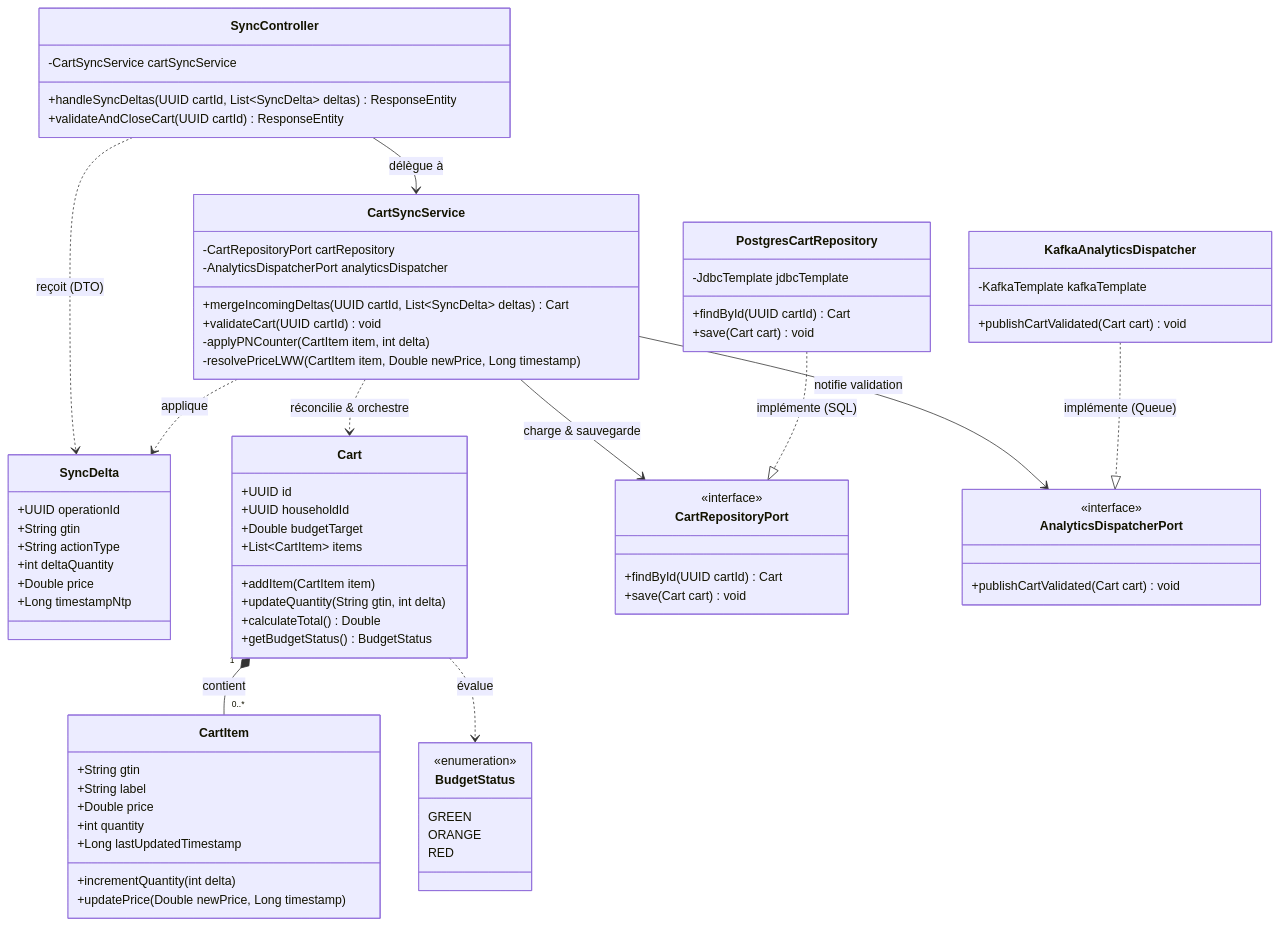
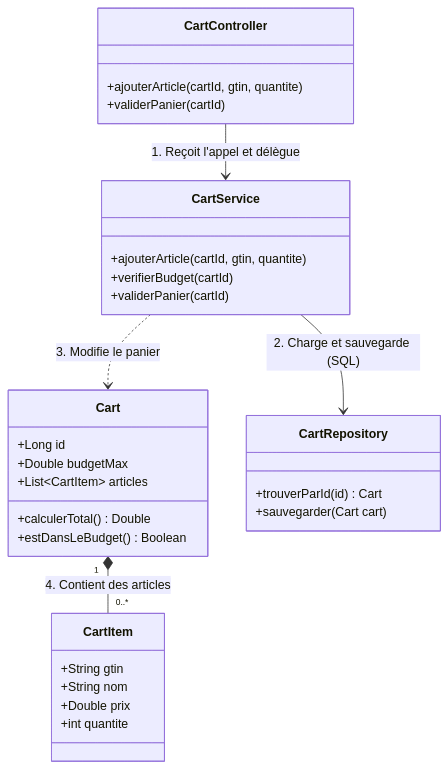
Before and after one commit to Edsaje/kestachet: the sixth of 6 diagrams in docs/architecture.md, drawn with Mermaid. The commit also changed other lines of this file and 1 other file, not shown here.

Commit message:
docs: simplification étudiante du schéma C4 (Controller, Service, Domain, Repository)

````diff
--- a/docs/architecture.md
+++ b/docs/architecture.md
@@ -357,98 +357,44 @@
 classDiagram
     direction TB
 
-    %% 1. COUCHE CONTROLLER (Entrée depuis C2 / C3)
-    class SyncController {
-        -CartSyncService cartSyncService
-        +handleSyncDeltas(UUID cartId, List~SyncDelta~ deltas) ResponseEntity
-        +validateAndCloseCart(UUID cartId) ResponseEntity
+    %% 1. LE CONTRÔLEUR (Point d'entrée de l'API)
+    class CartController {
+        +ajouterArticle(cartId, gtin, quantite)
+        +validerPanier(cartId)
     }
 
-    %% 2. DTO / PAYLOAD RÉSEAU (Scans hors-ligne)
-    class SyncDelta {
-        +UUID operationId
-        +String gtin
-        +String actionType
-        +int deltaQuantity
-        +Double price
-        +Long timestampNtp
+    %% 2. LE SERVICE (La logique métier et les règles)
+    class CartService {
+        +ajouterArticle(cartId, gtin, quantite)
+        +verifierBudget(cartId)
+        +validerPanier(cartId)
     }
 
-    %% 3. COUCHE SERVICE MÉTIER (Orchestration & CRDT depuis C3)
-    class CartSyncService {
-        -CartRepositoryPort cartRepository
-        -AnalyticsDispatcherPort analyticsDispatcher
-        +mergeIncomingDeltas(UUID cartId, List~SyncDelta~ deltas) Cart
-        +validateCart(UUID cartId) void
-        -applyPNCounter(CartItem item, int delta)
-        -resolvePriceLWW(CartItem item, Double newPrice, Long timestamp)
-    }
-
-    %% 4. COUCHE DOMAIN MODEL (Cœur Métier & Budget depuis Hexagone / C3)
+    %% 3. LE DOMAINE (Les objets de données)
     class Cart {
-        +UUID id
-        +UUID householdId
-        +Double budgetTarget
-        +List~CartItem~ items
-        +addItem(CartItem item)
-        +updateQuantity(String gtin, int delta)
-        +calculateTotal() Double
-        +getBudgetStatus() BudgetStatus
+        +Long id
+        +Double budgetMax
+        +List~CartItem~ articles
+        +calculerTotal() Double
+        +estDansLeBudget() Boolean
     }
 
     class CartItem {
         +String gtin
-        +String label
-        +Double price
-        +int quantity
-        +Long lastUpdatedTimestamp
-        +incrementQuantity(int delta)
-        +updatePrice(Double newPrice, Long timestamp)
+        +String nom
+        +Double prix
+        +int quantite
     }
 
-    class BudgetStatus {
-        <<enumeration>>
-        GREEN
-        ORANGE
-        RED
+    %% 4. LE REPOSITORY (Accès à PostgreSQL)
+    class CartRepository {
+        +trouverParId(id) Cart
+        +sauvegarder(Cart cart)
     }
 
-    %% 5. COUCHE REPOSITORY (Persistance SQL PostgreSQL depuis C2 / C3)
-    class CartRepositoryPort {
-        <<interface>>
-        +findById(UUID cartId) Cart
-        +save(Cart cart) void
-    }
-
-    class PostgresCartRepository {
-        -JdbcTemplate jdbcTemplate
-        +findById(UUID cartId) Cart
-        +save(Cart cart) void
-    }
-
-    %% 6. COUCHE ASYNC DISPATCHER (Ingestion Asynchrone Analytics depuis C1 / C2 / C3)
-    class AnalyticsDispatcherPort {
-        <<interface>>
-        +publishCartValidated(Cart cart) void
-    }
-
-    class KafkaAnalyticsDispatcher {
-        -KafkaTemplate kafkaTemplate
-        +publishCartValidated(Cart cart) void
-    }
-
-    %% RELATIONS INTER-CLASSES & INVERSION DE DÉPENDANCE
-    SyncController --> CartSyncService : délègue à
-    SyncController ..> SyncDelta : reçoit (DTO)
-    CartSyncService ..> SyncDelta : applique
-
-    CartSyncService --> CartRepositoryPort : charge & sauvegarde
-    CartSyncService --> AnalyticsDispatcherPort : notifie validation
-    CartSyncService ..> Cart : réconcilie & orchestre
-
-    PostgresCartRepository ..|> CartRepositoryPort : implémente (SQL)
-    KafkaAnalyticsDispatcher ..|> AnalyticsDispatcherPort : implémente (Queue)
-
-    Cart "1" *-- "0..*" CartItem : contient
-    Cart ..> BudgetStatus : évalue
+    %% RELATIONS DIRECTES ET LIMPIDES
+    CartController --> CartService : 1. Reçoit l'appel et délègue
+    CartService --> CartRepository : 2. Charge et sauvegarde (SQL)
+    CartService ..> Cart : 3. Modifie le panier
+    Cart "1" *-- "0..*" CartItem : 4. Contient des articles
 ```
````
